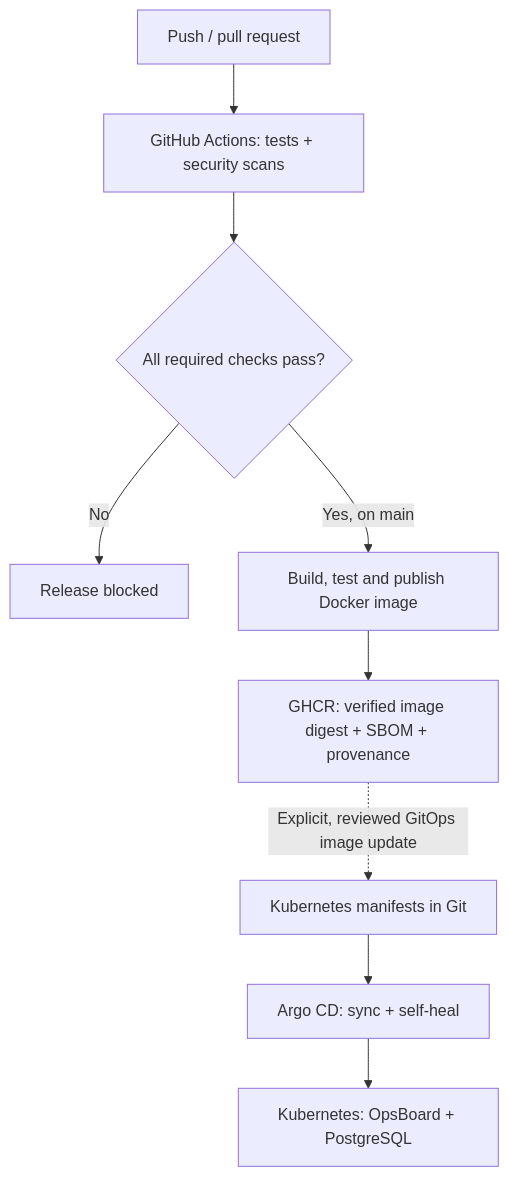
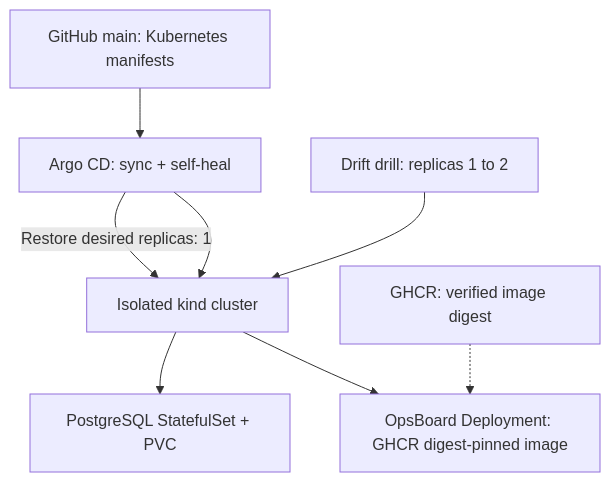
Before and after one commit to Mishkaaass/ci-cd-lab: the second of 2 diagrams in README.md, drawn with Mermaid. The commit also changed other lines of this file, not shown here.

````diff
--- a/README.md
+++ b/README.md
@@ -13,11 +146,10 @@
 ```mermaid
 flowchart TB
-  Git["Push / pull request"] --> CI["GitHub Actions: tests + security scans"]
-  CI --> Gate{"All required checks pass?"}
-  Gate -->|No| Block["Release blocked"]
-  Gate -->|Yes, on main| CD["Build, test and publish Docker image"]
-  CD --> GHCR["GHCR: verified image digest + SBOM + provenance"]
-  GHCR -.->|"Explicit, reviewed GitOps image update"| Manifests["Kubernetes manifests in Git"]
-  Manifests --> Argo["Argo CD: sync + self-heal"]
-  Argo --> K8s["Kubernetes: OpsBoard + PostgreSQL"]
+  Git["GitHub main: Kubernetes manifests"] --> Argo["Argo CD: sync + self-heal"]
+  Argo --> Cluster["Isolated kind cluster"]
+  Cluster --> App["OpsBoard Deployment: GHCR digest-pinned image"]
+  GHCR["GHCR: verified image digest"] -.-> App
+  Cluster --> DB["PostgreSQL StatefulSet + PVC"]
+  Drift["Drift drill: replicas 1 to 2"] --> Cluster
+  Argo -->|Restore desired replicas: 1| Cluster
 ```
````
